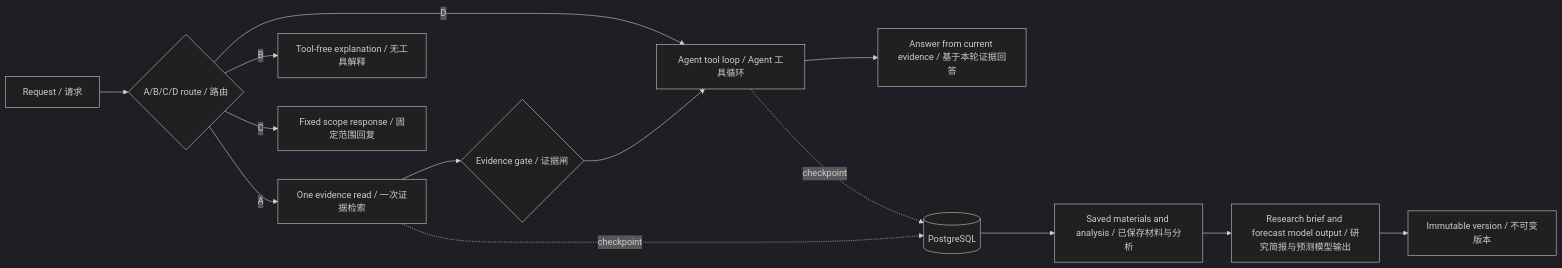
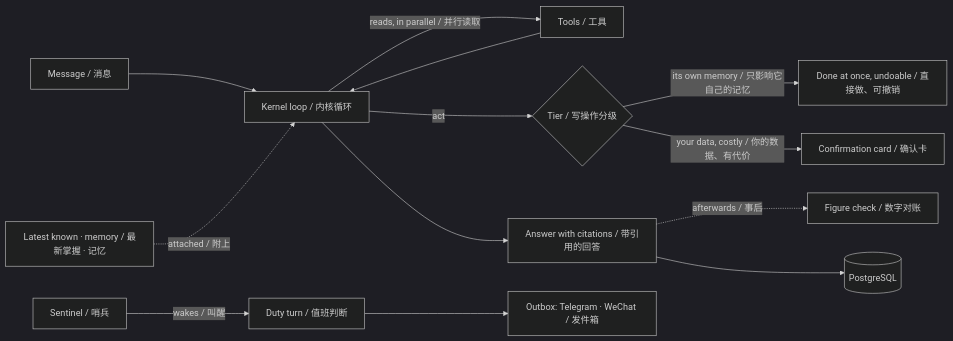
One commit to wp1461772181-glitch/FinBot changed the diagram in README.md. Above: the diagram before and after it, drawn with Mermaid (dark theme). The commit also changed other lines of this file, not shown here.

First line of the commit message:
README: describe the new kernel (stage 6c)

````diff
--- a/README.md
+++ b/README.md
@@ -48,16 +67,15 @@
 ```mermaid
 flowchart LR
-    U[Request / 请求] --> R{A/B/C/D route / 路由}
-    R -->|A| T[One evidence read / 一次证据检索]
-    T --> G{Evidence gate / 证据闸}
-    G --> D[Agent tool loop / Agent 工具循环]
-    R -->|B| B[Tool-free explanation / 无工具解释]
-    R -->|C| C[Fixed scope response / 固定范围回复]
-    R -->|D| D
-    D --> F[Answer from current evidence / 基于本轮证据回答]
-    T -. checkpoint .-> DB[(PostgreSQL)]
-    D -. checkpoint .-> DB
-    DB --> M[Saved materials and analysis / 已保存材料与分析]
-    M --> J[Research brief and forecast model output / 研究简报与预测模型输出]
-    J --> V[Immutable version / 不可变版本]
+    U[Message / 消息] --> K[Kernel loop / 内核循环]
+    L[Latest known · memory / 最新掌握 · 记忆] -. attached / 附上 .-> K
+    K -->|reads, in parallel / 并行读取| T[Tools / 工具]
+    T --> K
+    K -->|act| W{Tier / 写操作分级}
+    W -->|its own memory / 只影响它自己的记忆| X[Done at once, undoable / 直接做、可撤销]
+    W -->|your data, costly / 你的数据、有代价| C[Confirmation card / 确认卡]
+    K --> A[Answer with citations / 带引用的回答]
+    A -. afterwards / 事后 .-> R[Figure check / 数字对账]
+    S[Sentinel / 哨兵] -->|wakes / 叫醒| D[Duty turn / 值班判断]
+    D --> O[Outbox: Telegram · WeChat / 发件箱]
+    A --> DB[(PostgreSQL)]
 ```
````
